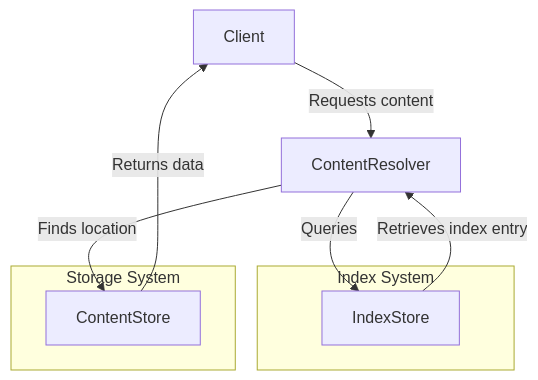
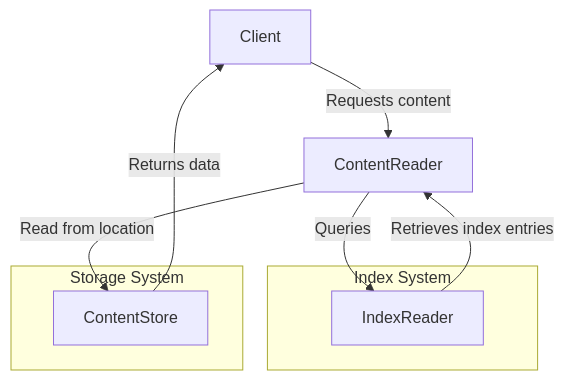
One commit to vasco-santos/nginx-for-ipfs changed the diagram in specs/index.md. Above: the diagram before and after it, drawn with Mermaid. The commit also changed other lines of this file and 1 other file, not shown here.

````diff
--- a/specs/index.md
+++ b/specs/index.md
@@ -240,16 +146,16 @@
 ```mermaid
 graph TD;
-    Client -->|Requests content| ContentResolver;
-    ContentResolver -->|Queries| IndexStore;
-    IndexStore -->|Retrieves index entry| ContentResolver;
-    ContentResolver -->|Finds location| ContentStore;
+    Client -->|Requests content| ContentReader;
+    ContentReader -->|Queries| IndexReader;
+    IndexReader -->|Retrieves index entries| ContentReader;
+    ContentReader -->|Read from location| ContentStore;
     ContentStore -->|Returns data| Client;
 
     subgraph Index System
-        IndexStore
+        IndexReader
     end
 
     subgraph Storage System
         ContentStore
     end
 ```
````
